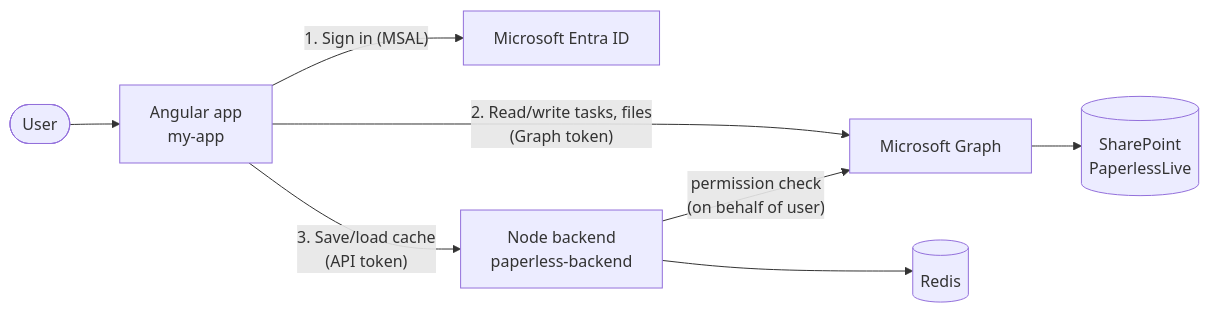
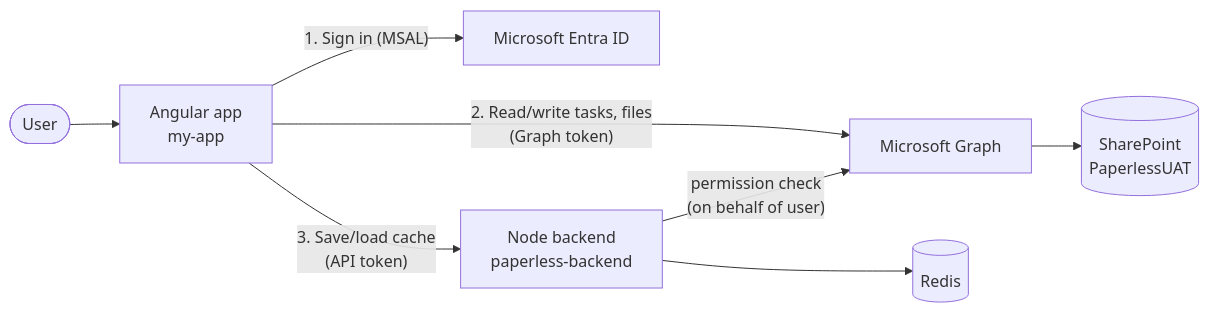
The first of 6 diagrams in README.md (alehandro2604/PaperlessUAT), drawn with Mermaid before and after one commit. The commit also changed other lines of this file, not shown here.

First line of the commit message:
README: describe the UAT-only setup

````diff
--- a/README.md
+++ b/README.md
@@ -54,10 +55,10 @@
 ```mermaid
 flowchart LR
     U([User]) --> A[Angular app<br/>my-app]
     A -- "1. Sign in (MSAL)" --> E[Microsoft Entra ID]
     A -- "2. Read/write tasks, files<br/>(Graph token)" --> G[Microsoft Graph]
-    G --> SP[(SharePoint<br/>PaperlessLive)]
+    G --> SP[(SharePoint<br/>PaperlessUAT)]
     A -- "3. Save/load cache<br/>(API token)" --> B[Node backend<br/>paperless-backend]
     B --> R[(Redis)]
     B -- "permission check<br/>(on behalf of user)" --> G
 ```
````
